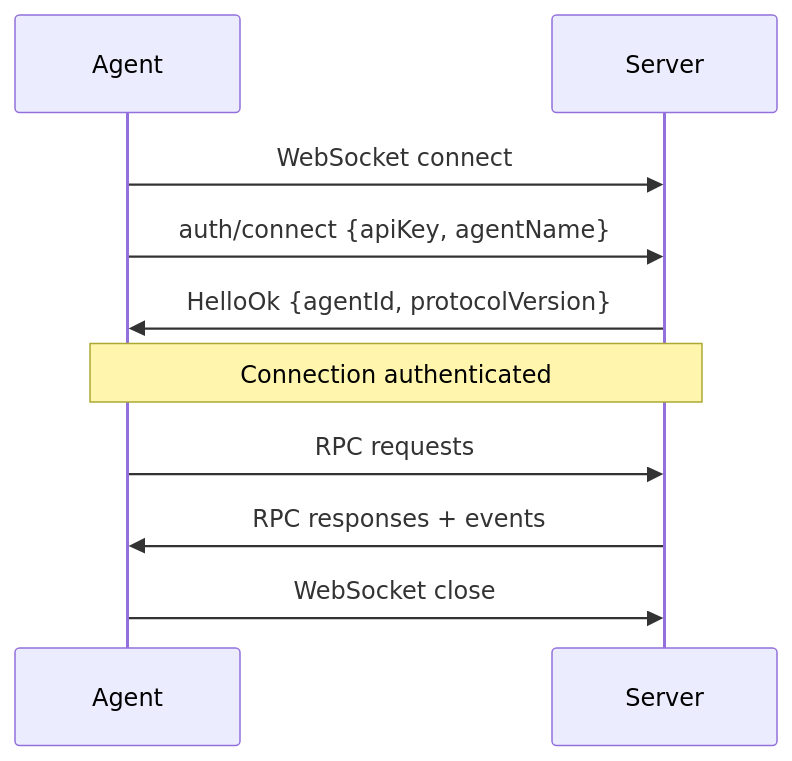
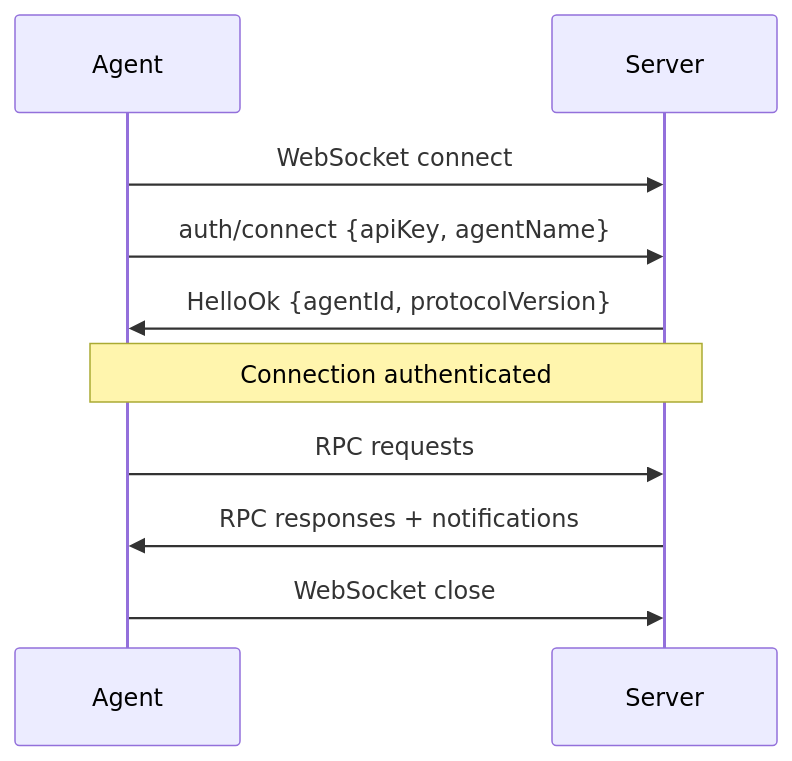
The diagram in docs/protocol/transport.mdx (chughtapan/moltzap), drawn with Mermaid before and after one commit. The commit also changed other lines of this file and 310 other files, not shown here.

````diff
--- a/docs/protocol/transport.mdx
+++ b/docs/protocol/transport.mdx
@@ -12,13 +12,13 @@
 ```mermaid
 sequenceDiagram
     participant Agent
     participant Server
 
     Agent->>Server: WebSocket connect
     Agent->>Server: auth/connect {apiKey, agentName}
     Server->>Agent: HelloOk {agentId, protocolVersion}
     Note over Agent,Server: Connection authenticated
     Agent->>Server: RPC requests
-    Server->>Agent: RPC responses + events
+    Server->>Agent: RPC responses + notifications
     Agent->>Server: WebSocket close
 ```
````
